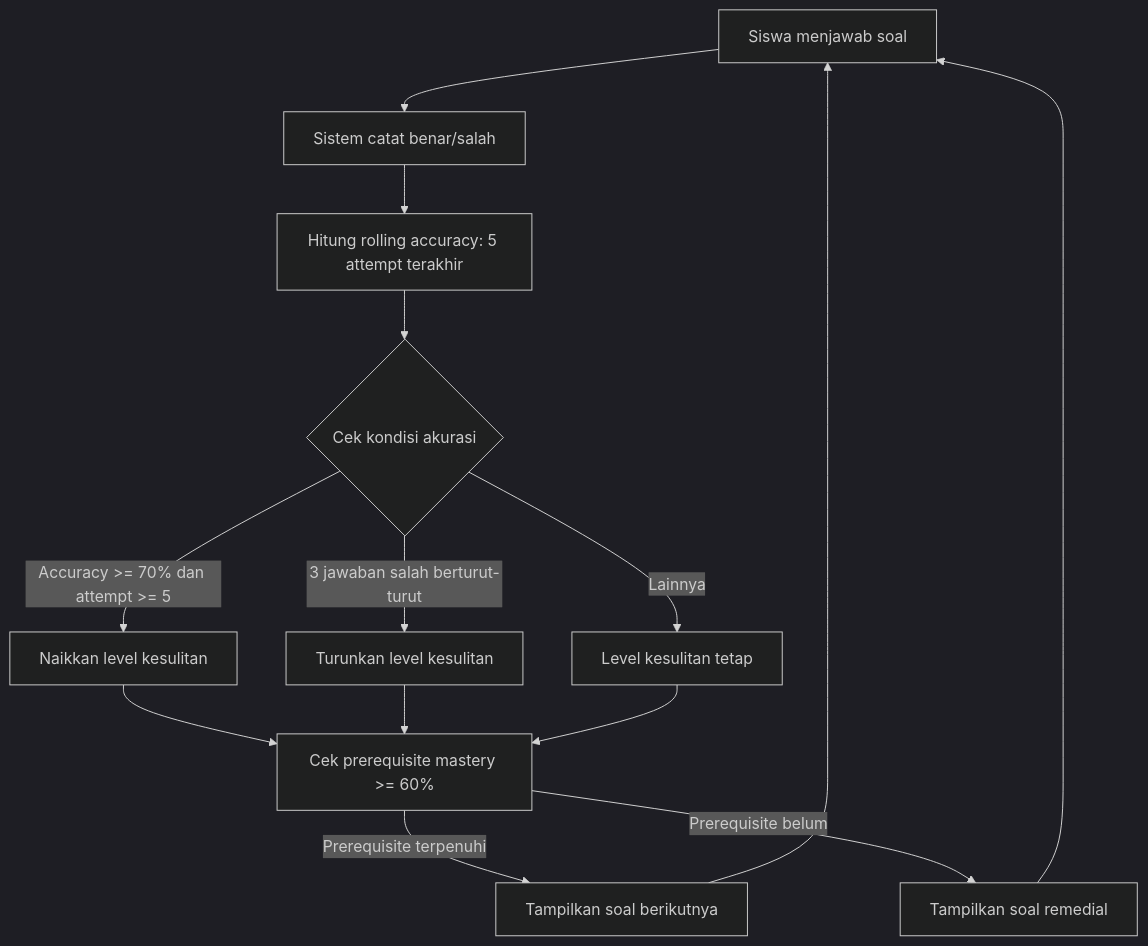
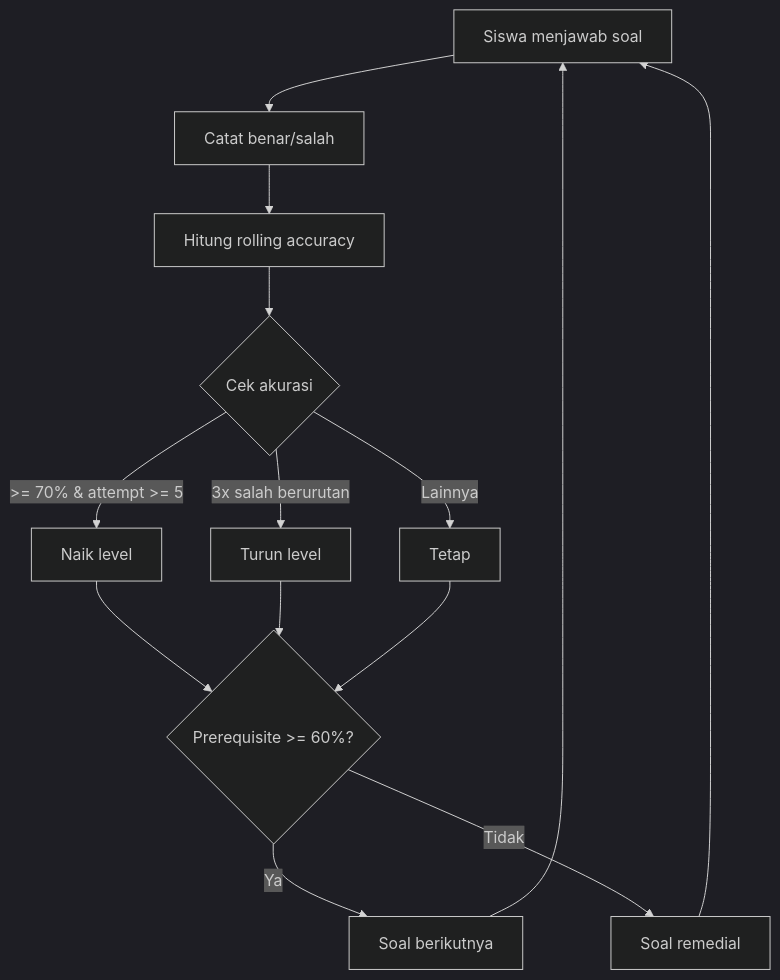
Before and after one commit to KyyTzy09/Pekan-IT-Spark-AI: the diagram in proposal/diagrams/activity-adaptive-difficulty.md, drawn with Mermaid (dark theme). The commit also changed 6 other files, not shown here.

First line of the commit message:
docs: make all diagrams consistent size for proposal

````diff
--- a/proposal/diagrams/activity-adaptive-difficulty.md
+++ b/proposal/diagrams/activity-adaptive-difficulty.md
@@ -1,16 +1,19 @@
 ```mermaid
 flowchart TD
-    A[Siswa menjawab soal] --> B[Sistem catat benar/salah]
-    B --> C[Hitung rolling accuracy: 5 attempt terakhir]
-    C --> D{Cek kondisi akurasi}
-    D -->|Accuracy >= 70% dan attempt >= 5| E[Naikkan level kesulitan]
-    D -->|3 jawaban salah berturut-turut| F[Turunkan level kesulitan]
-    D -->|Lainnya| G[Level kesulitan tetap]
-    E --> H[Cek prerequisite mastery >= 60%]
+    A[Siswa menjawab soal] --> B[Catat benar/salah]
+    B --> C[Hitung rolling accuracy]
+    C --> D{Cek akurasi}
+
+    D -->|>= 70% & attempt >= 5| E[Naik level]
+    D -->|3x salah berurutan| F[Turun level]
+    D -->|Lainnya| G[Tetap]
+
+    E --> H{Prerequisite >= 60%?}
     F --> H
     G --> H
-    H -->|Prerequisite terpenuhi| I[Tampilkan soal berikutnya]
-    H -->|Prerequisite belum| J[Tampilkan soal remedial]
+
+    H -->|Ya| I[Soal berikutnya]
+    H -->|Tidak| J[Soal remedial]
+    I --> A
     J --> A
-    I --> A
 ```
````
